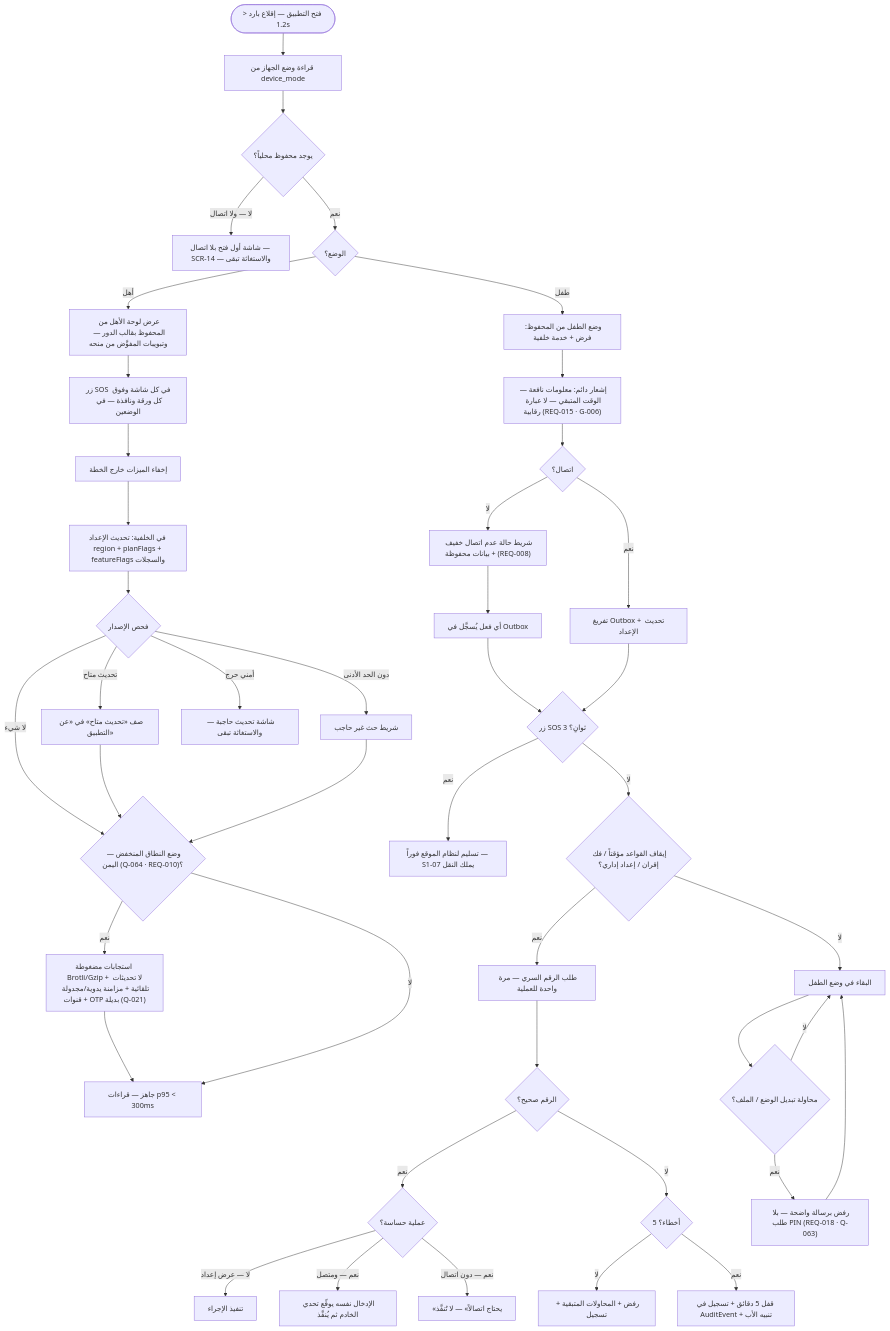
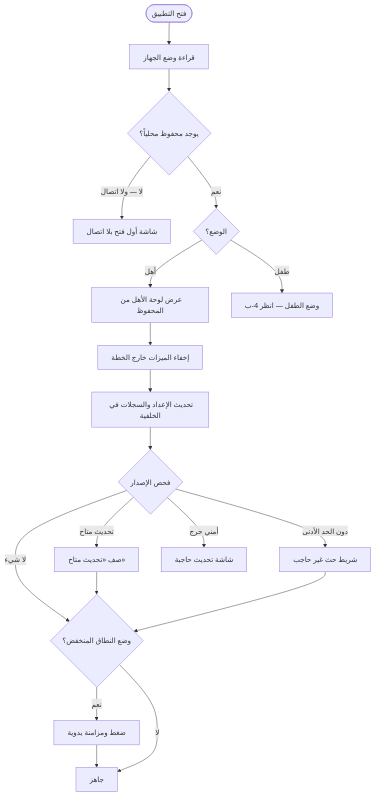
Before and after one commit to Bassam-mohammed-alqaeadi/family-os-v2: diagram 13 of 19 in docs/family-os/governance/phases/phase-1/S1-01-app-shell-and-platform/DIAGRAMS.md, drawn with Mermaid. The commit also changed other lines of this file, not shown here.

````diff
--- a/docs/family-os/governance/phases/phase-1/S1-01-app-shell-and-platform/DIAGRAMS.md
+++ b/docs/family-os/governance/phases/phase-1/S1-01-app-shell-and-platform/DIAGRAMS.md
@@ -460,45 +488,21 @@
 ```mermaid
 flowchart TD
-    Start([فتح التطبيق — إقلاع بارد < 1.2s]) --> Read[قراءة وضع الجهاز من device_mode]
+    Start([فتح التطبيق]) --> Read[قراءة وضع الجهاز]
     Read --> Cached{يوجد محفوظ محلياً؟}
-    Cached -->|لا — ولا اتصال| First[شاشة أول فتح بلا اتصال — SCR-14 — والاستغاثة تبقى]
+    Cached -->|لا — ولا اتصال| First[شاشة أول فتح بلا اتصال]
     Cached -->|نعم| Mode{الوضع؟}
-    Mode -->|أهل| Render[عرض لوحة الأهل من المحفوظ بقالب الدور — وتبويبات المفوَّض من منحه]
-    Render --> SOSp[زر SOS في كل شاشة وفوق كل ورقة ونافذة — في الوضعين]
-    SOSp --> Hide[إخفاء الميزات خارج الخطة]
-    Hide --> Bg[في الخلفية: تحديث الإعداد region + planFlags + featureFlags والسجلات]
+    Mode -->|أهل| Render[عرض لوحة الأهل من المحفوظ]
+    Render --> Hide[إخفاء الميزات خارج الخطة]
+    Hide --> Bg[تحديث الإعداد والسجلات في الخلفية]
     Bg --> Ver{فحص الإصدار}
-    Ver -->|تحديث متاح| VRow[صف «تحديث متاح» في «عن التطبيق»]
+    Ver -->|تحديث متاح| VRow[صف «تحديث متاح»]
     Ver -->|دون الحد الأدنى| VBar[شريط حث غير حاجب]
-    Ver -->|أمني حرج| VBlock[شاشة تحديث حاجبة — والاستغاثة تبقى]
-    Ver -->|لا شيء| LowBW{"وضع النطاق المنخفض — اليمن (Q-064 · REQ-010)؟"}
+    Ver -->|أمني حرج| VBlock[شاشة تحديث حاجبة]
+    Ver -->|لا شيء| LowBW{وضع النطاق المنخفض؟}
     VRow --> LowBW
     VBar --> LowBW
-    LowBW -->|نعم| Compress["استجابات مضغوطة Brotli/Gzip + لا تحديثات تلقائية + مزامنة يدوية/مجدولة + قنوات OTP بديلة (Q-021)"]
-    Compress --> Ready[جاهز — قراءات p95 < 300ms]
+    LowBW -->|نعم| Compress[ضغط ومزامنة يدوية]
+    Compress --> Ready[جاهز]
     LowBW -->|لا| Ready
-    Mode -->|طفل| Child[وضع الطفل من المحفوظ: فرض + خدمة خلفية]
-    Child --> Notif["إشعار دائم: معلومات نافعة — الوقت المتبقي — لا عبارة رقابية (REQ-015 · G-006)"]
-    Notif --> Conn{اتصال؟}
-    Conn -->|لا| Banner["شريط حالة عدم اتصال خفيف + بيانات محفوظة (REQ-008)"]
-    Banner --> Act[أي فعل يُسجَّل في Outbox]
-    Conn -->|نعم| Sync[تفريغ Outbox + تحديث الإعداد]
-    Act --> SOS{زر SOS 3 ثوانٍ؟}
-    Sync --> SOS
-    SOS -->|نعم| Send[تسليم لنظام الموقع فوراً — S1-07 يملك النقل]
-    SOS -->|لا| Exit{إيقاف القواعد مؤقتاً / فك إقران / إعداد إداري؟}
-    Exit -->|نعم| Gate[طلب الرقم السري — مرة واحدة للعملية]
-    Gate --> Pin{الرقم صحيح؟}
-    Pin -->|نعم| Sensitive{عملية حساسة؟}
-    Sensitive -->|لا — عرض إعداد| Allow[تنفيذ الإجراء]
-    Sensitive -->|نعم — ومتصل| Prove[الإدخال نفسه يوقّع تحدي الخادم ثم يُنفَّذ]
-    Sensitive -->|نعم — دون اتصال| NeedNet[«يحتاج اتصالاً» — لا تُنفَّذ]
-    Pin -->|لا| Count{5 أخطاء؟}
-    Count -->|لا| Retry[رفض + المحاولات المتبقية + تسجيل]
-    Count -->|نعم| Lock[قفل 5 دقائق + تسجيل في AuditEvent + تنبيه الأب]
-    Exit -->|لا| Stay[البقاء في وضع الطفل]
-    Stay --> Switch{محاولة تبديل الوضع / الملف؟}
-    Switch -->|نعم| Refuse["رفض برسالة واضحة — بلا طلب PIN (REQ-018 · Q-063)"]
-    Refuse --> Stay
-    Switch -->|لا| Stay
+    Mode -->|طفل| ToChild[وضع الطفل — انظر 4-ب]
 ```
````
